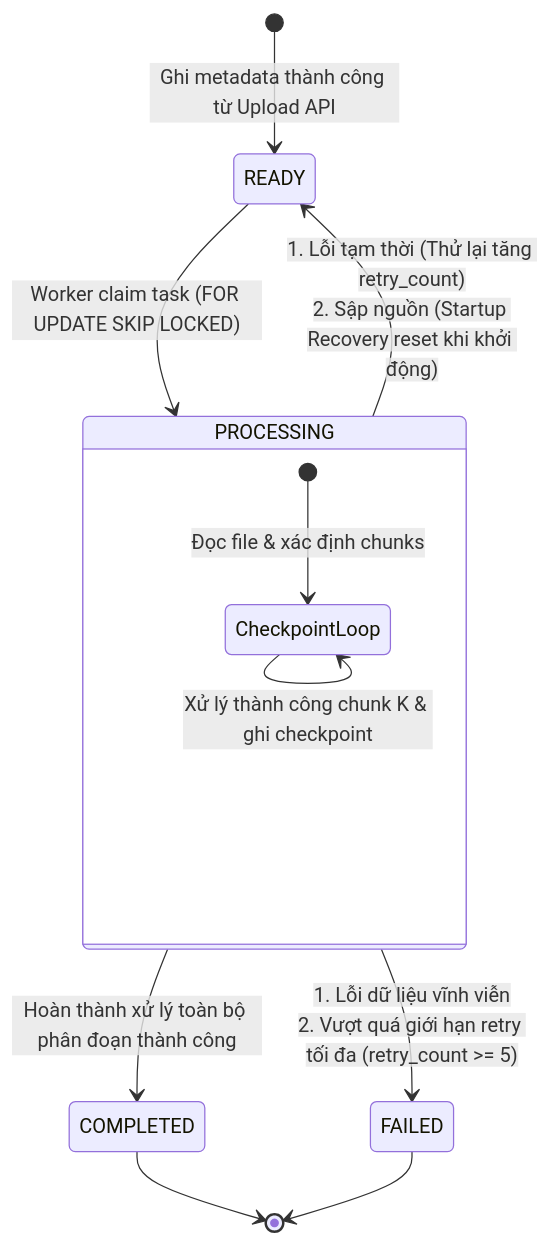
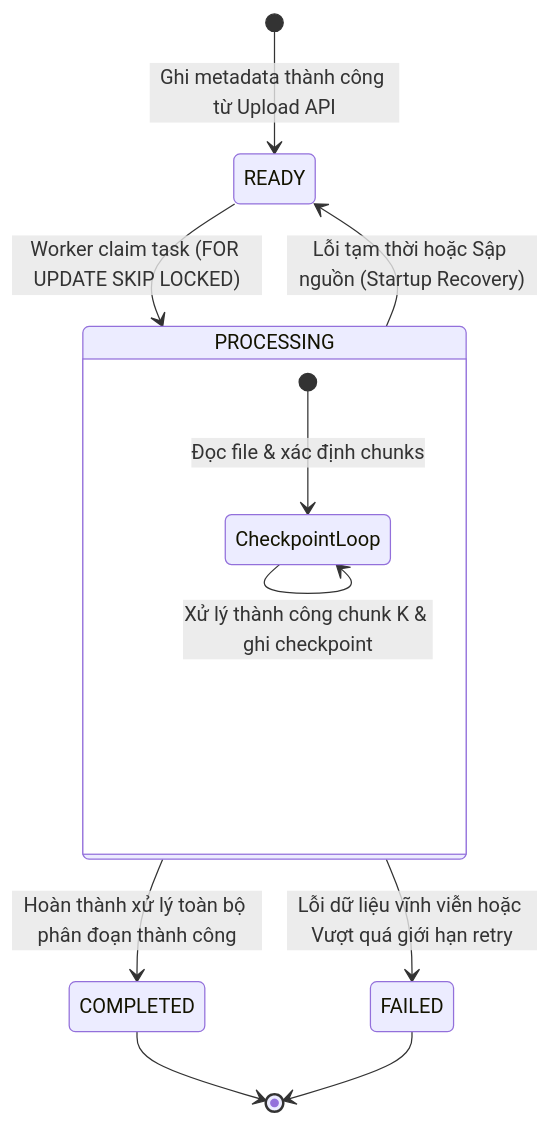
The eighth of 8 diagrams in eap/docs/week3/DetailedDesign.md (thanhhuong1523/enterprise-ai-systems), drawn with Mermaid before and after one commit. The commit also changed other lines of this file and 1 other file, not shown here.

````diff
--- a/eap/docs/week3/DetailedDesign.md
+++ b/eap/docs/week3/DetailedDesign.md
@@ -812,17 +812,17 @@
 ```mermaid
 stateDiagram-v2
     [*] --> READY : Ghi metadata thành công từ Upload API
     READY --> PROCESSING : Worker claim task (FOR UPDATE SKIP LOCKED)
     
     state PROCESSING {
         [*] --> CheckpointLoop : Đọc file & xác định chunks
         CheckpointLoop --> CheckpointLoop : Xử lý thành công chunk K & ghi checkpoint
     }
     
-    PROCESSING --> READY : 1. Lỗi tạm thời (Thử lại tăng retry_count)<br>2. Sập nguồn (Startup Recovery reset khi khởi động)
+    PROCESSING --> READY : Lỗi tạm thời hoặc Sập nguồn (Startup Recovery)
     PROCESSING --> COMPLETED : Hoàn thành xử lý toàn bộ phân đoạn thành công
-    PROCESSING --> FAILED : 1. Lỗi dữ liệu vĩnh viễn<br>2. Vượt quá giới hạn retry tối đa (retry_count >= 5)
+    PROCESSING --> FAILED : Lỗi dữ liệu vĩnh viễn hoặc Vượt quá giới hạn retry
     
     COMPLETED --> [*]
     FAILED --> [*]
 ```
````
